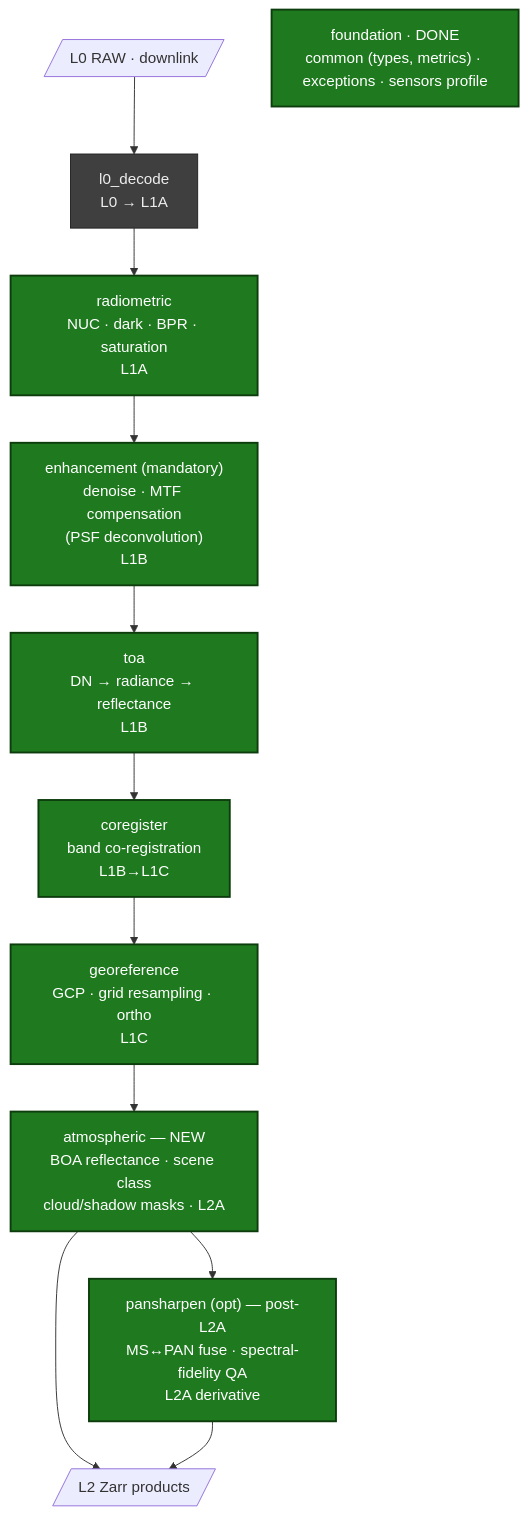
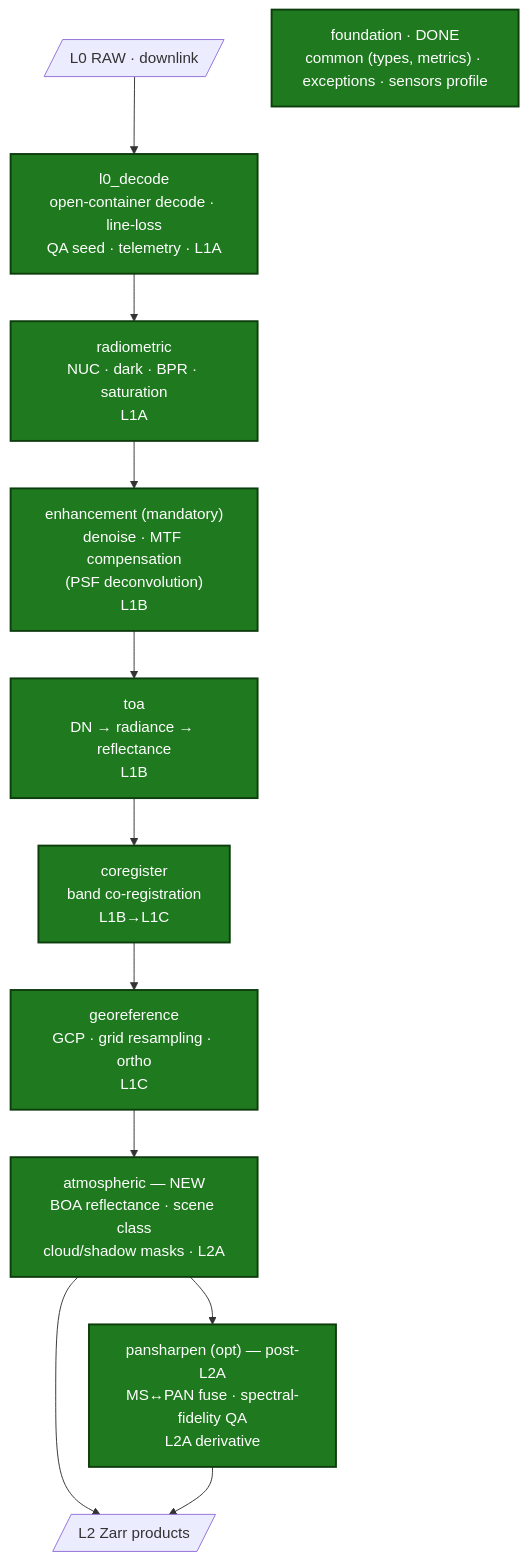
The diagram in README.md (AstroCan17/msi-processor), drawn with Mermaid before and after one commit. The commit also changed other lines of this file and 8 other files, not shown here.

````diff
--- a/README.md
+++ b/README.md
@@ -30,18 +30,18 @@
 ```mermaid
 flowchart TD
-    RAW[/"L0 RAW · downlink"/] --> L0["l0_decode<br/>L0 → L1A"]:::todo
+    RAW[/"L0 RAW · downlink"/] --> L0["l0_decode<br/>open-container decode · line-loss<br/>QA seed · telemetry · L1A"]:::done
     L0 --> RAD["radiometric<br/>NUC · dark · BPR · saturation<br/>L1A"]:::done
     RAD --> ENH["enhancement (mandatory)<br/>denoise · MTF compensation<br/>(PSF deconvolution)<br/>L1B"]:::done
     ENH --> TOA["toa<br/>DN → radiance → reflectance<br/>L1B"]:::done
     TOA --> COR["coregister<br/>band co-registration<br/>L1B→L1C"]:::done
     COR --> GEO["georeference<br/>GCP · grid resampling · ortho<br/>L1C"]:::done
     GEO --> ATM["atmospheric — NEW<br/>BOA reflectance · scene class<br/>cloud/shadow masks · L2A"]:::done
     ATM --> PRD[/"L2 Zarr products"/]
     ATM --> PAN["pansharpen (opt) — post-L2A<br/>MS↔PAN fuse · spectral-fidelity QA<br/>L2A derivative"]:::done
     PAN --> PRD
 
     FOUND["foundation · DONE<br/>common (types, metrics) · exceptions · sensors profile"]:::done
 
     classDef done fill:#1f7a1f,color:#fff,stroke:#0d3d0d,stroke-width:2px;
     classDef todo fill:#3f3f3f,color:#eee,stroke:#222;
 ```
````
